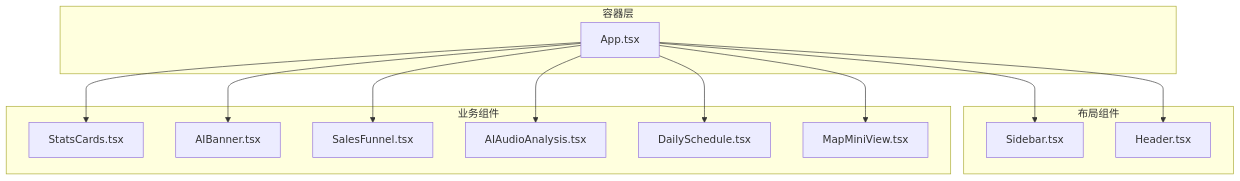
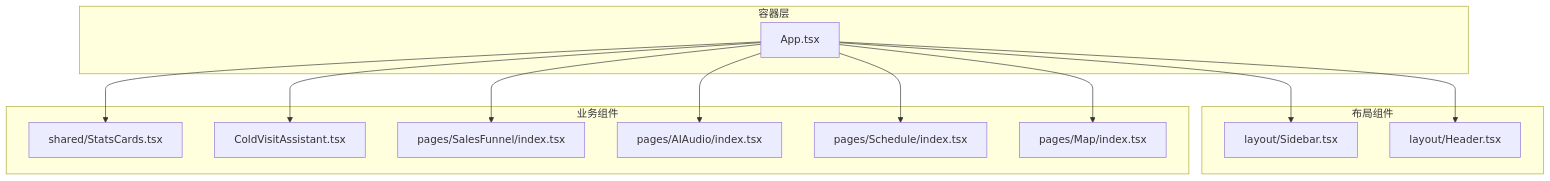
Before and after one commit to xianjianshenqu/SalesFlow-CRM: the seventh of 15 diagrams in .qoder/repowiki/zh/content/API参考/API参考.md, drawn with Mermaid. The commit also changed other lines of this file and 17 other files, not shown here.

````diff
--- a/.qoder/repowiki/zh/content/API参考/API参考.md
+++ b/.qoder/repowiki/zh/content/API参考/API参考.md
@@ -179,26 +439,26 @@
 ```mermaid
 graph TB
 subgraph "容器层"
 APP["App.tsx"]
 end
 subgraph "布局组件"
-SIDEBAR["Sidebar.tsx"]
-HEADER["Header.tsx"]
+SIDEBAR["layout/Sidebar.tsx"]
+HEADER["layout/Header.tsx"]
 end
 subgraph "业务组件"
-STATSCARDS["StatsCards.tsx"]
-AIBANNER["AIBanner.tsx"]
-SALESFUNNEL["SalesFunnel.tsx"]
-AUDIOANALYSIS["AIAudioAnalysis.tsx"]
-DAILYSCHEDULE["DailySchedule.tsx"]
-MAPMINIVIEW["MapMiniView.tsx"]
+STATSCARDS["shared/StatsCards.tsx"]
+AIBANNER["ColdVisitAssistant.tsx"]
+SALESFUNNEL["pages/SalesFunnel/index.tsx"]
+AUDIOANALYSIS["pages/AIAudio/index.tsx"]
+DAILYSCHEDULE["pages/Schedule/index.tsx"]
+MAPMINIVIEW["pages/Map/index.tsx"]
 end
 APP --> SIDEBAR
 APP --> HEADER
 APP --> STATSCARDS
 APP --> AIBANNER
 APP --> SALESFUNNEL
 APP --> AUDIOANALYSIS
 APP --> DAILYSCHEDULE
 APP --> MAPMINIVIEW
 ```
````
